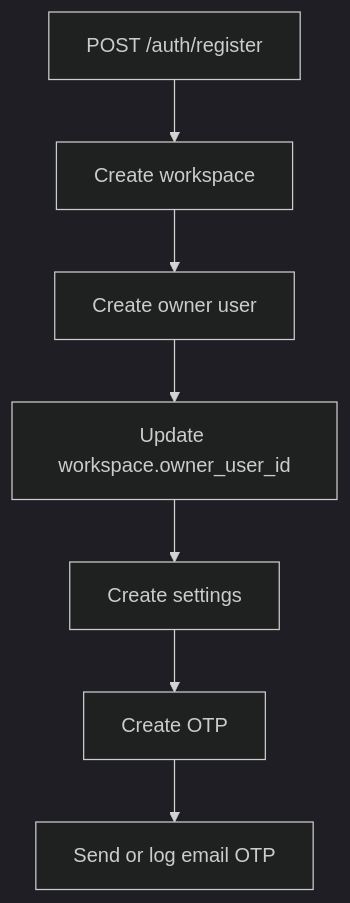
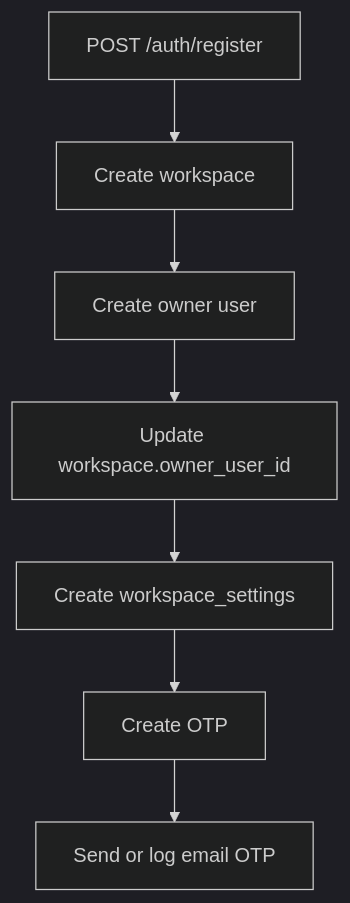
The first of 5 diagrams in docs/backend/06-data/data-flow.md (mridhoda/selaluteh-chatbot-crm), drawn with Mermaid (dark theme) before and after one commit. The commit also changed other lines of this file and 294 other files, not shown here.

````diff
--- a/docs/backend/06-data/data-flow.md
+++ b/docs/backend/06-data/data-flow.md
@@ -17,9 +17,9 @@
 ```mermaid
 flowchart TD
   A[POST /auth/register] --> B[Create workspace]
   B --> C[Create owner user]
   C --> D[Update workspace.owner_user_id]
-  D --> E[Create settings]
+  D --> E[Create workspace_settings]
   E --> F[Create OTP]
   F --> G[Send or log email OTP]
 ```
````
